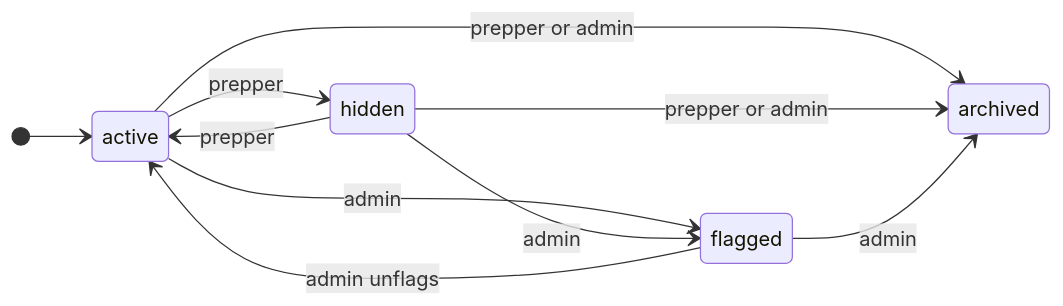
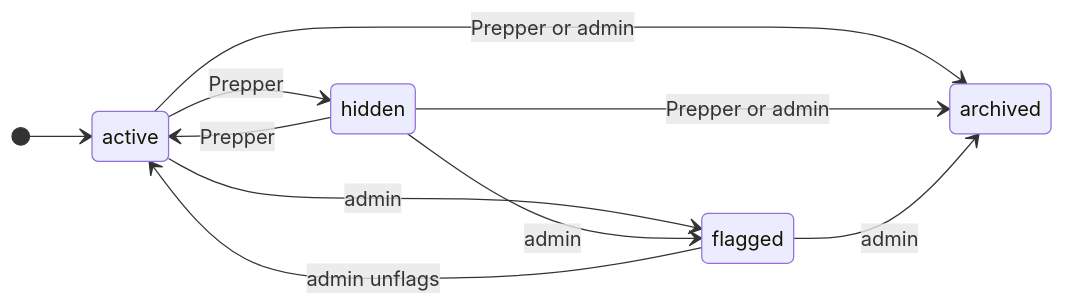
One commit to rachelwong/preppers changed the seventh of 7 diagrams in docs/plan/07-status-changes.md. Above: the diagram before and after it, drawn with Mermaid. The commit also changed other lines of this file and 31 other files, not shown here.

````diff
--- a/docs/plan/07-status-changes.md
+++ b/docs/plan/07-status-changes.md
@@ -121,13 +122,13 @@
 ```mermaid
 stateDiagram-v2
   direction LR
   [*] --> active
-  active --> hidden: prepper
-  hidden --> active: prepper
+  active --> hidden: Prepper
+  hidden --> active: Prepper
   active --> flagged: admin
   hidden --> flagged: admin
   flagged --> active: admin unflags
-  active --> archived: prepper or admin
-  hidden --> archived: prepper or admin
+  active --> archived: Prepper or admin
+  hidden --> archived: Prepper or admin
   flagged --> archived: admin
 ```
````
